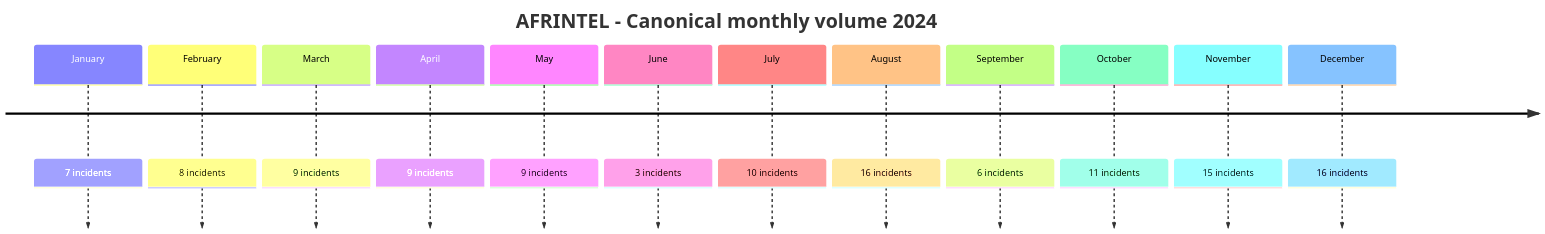
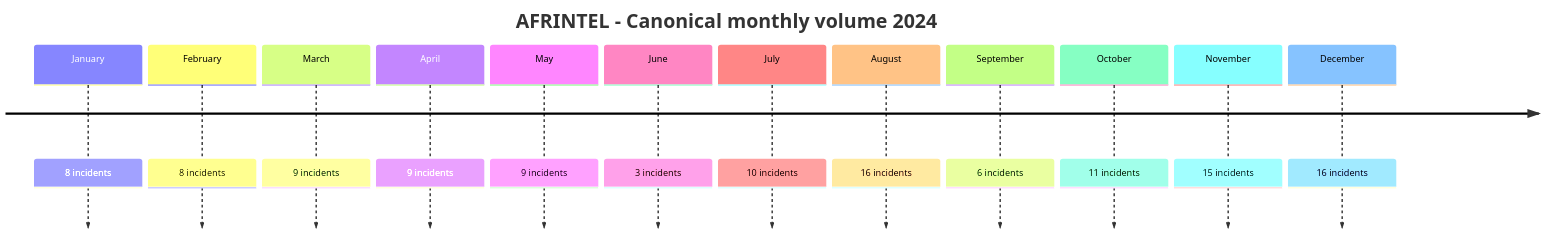
Before and after one commit to Hatchepsoute/AFRINTEL: the first of 2 diagrams in CyberAttackAfrica/2024/README.md, drawn with Mermaid. The commit also changed other lines of this file and 25 other files, not shown here.

````diff
--- a/CyberAttackAfrica/2024/README.md
+++ b/CyberAttackAfrica/2024/README.md
@@ -46,16 +42,16 @@
 ```mermaid
 timeline
     title AFRINTEL - Canonical monthly volume 2024
-    January : 7 incidents
+    January : 8 incidents
     February : 8 incidents
     March : 9 incidents
     April : 9 incidents
     May : 9 incidents
     June : 3 incidents
     July : 10 incidents
     August : 16 incidents
     September : 6 incidents
     October : 11 incidents
     November : 15 incidents
     December : 16 incidents
 ```
````
